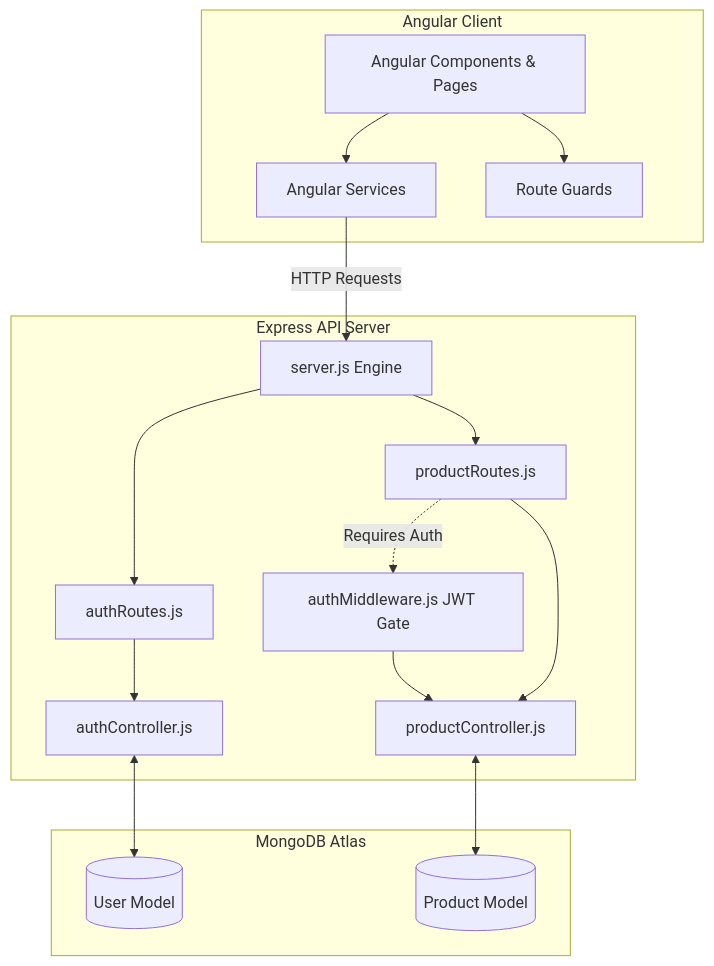
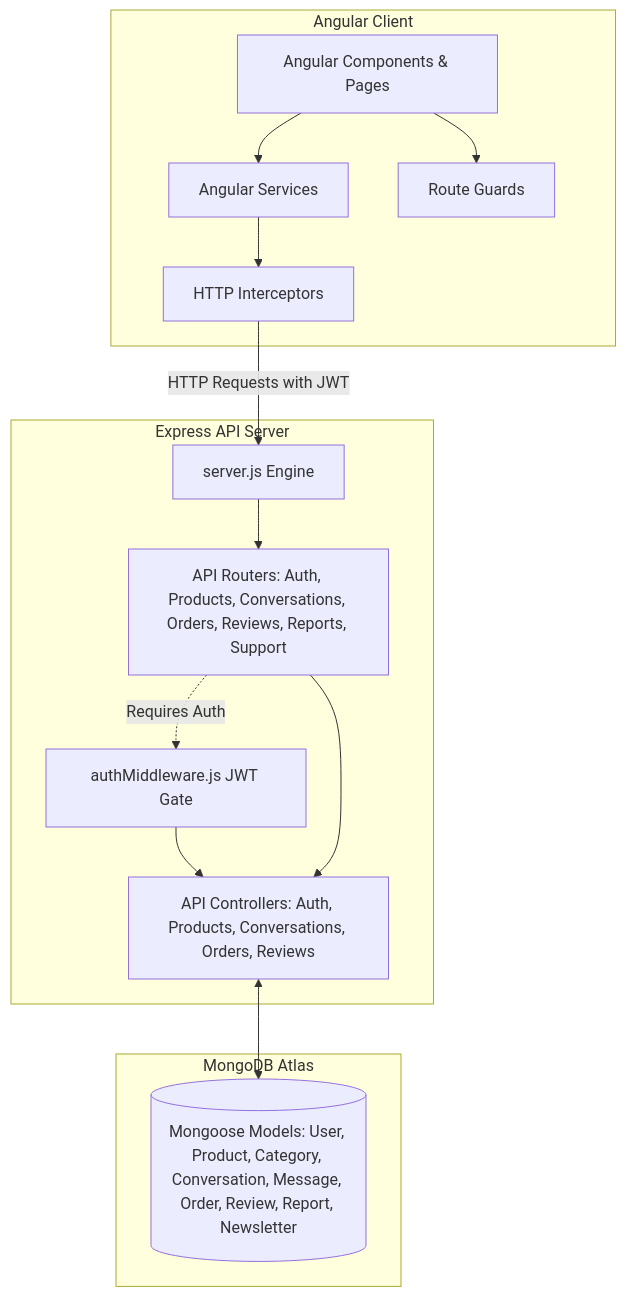
The diagram in README.md (aya-ashraf94/graduation-project-depi), drawn with Mermaid before and after one commit. The commit also changed other lines of this file and 53 other files, not shown here.

````diff
--- a/README.md
+++ b/README.md
@@ -23,36 +23,31 @@
 ```mermaid
 flowchart TD
     subgraph Frontend [Angular Client]
         Pages[Angular Components & Pages]
         Services[Angular Services]
         Guards[Route Guards]
+        Interceptors[HTTP Interceptors]
         Pages --> Services
         Pages --> Guards
+        Services --> Interceptors
     end
 
     subgraph Backend [Express API Server]
         Server[server.js Engine]
         AuthMiddleware[authMiddleware.js JWT Gate]
-        AuthRoutes[authRoutes.js]
-        ProdRoutes[productRoutes.js]
-        AuthController[authController.js]
-        ProdController[productController.js]
+        Routes[API Routers: Auth, Products, Conversations, Orders, Reviews, Reports, Support]
+        Controllers[API Controllers: Auth, Products, Conversations, Orders, Reviews]
 
-        Server --> AuthRoutes
-        Server --> ProdRoutes
-
-        ProdRoutes -.->|Requires Auth| AuthMiddleware
-        AuthMiddleware --> ProdController
-        ProdRoutes --> ProdController
-        AuthRoutes --> AuthController
+        Server --> Routes
+        Routes -.->|Requires Auth| AuthMiddleware
+        AuthMiddleware --> Controllers
+        Routes --> Controllers
     end
 
     subgraph Database [MongoDB Atlas]
-        UserSchema[(User Model)]
-        ProdSchema[(Product Model)]
+        DBModels[(Mongoose Models: User, Product, Category, Conversation, Message, Order, Review, Report, Newsletter)]
     end
 
-    Services -->|HTTP Requests| Server
-    AuthController <--> UserSchema
-    ProdController <--> ProdSchema
+    Interceptors -->|HTTP Requests with JWT| Server
+    Controllers <--> DBModels
 ```
````
